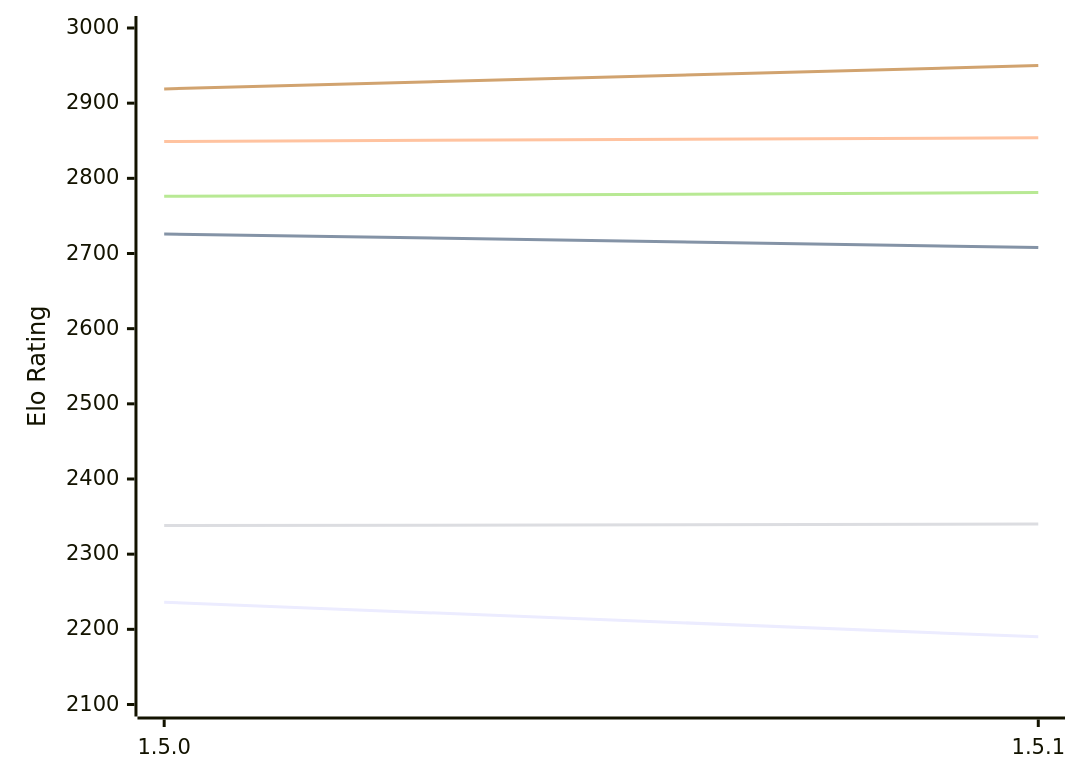
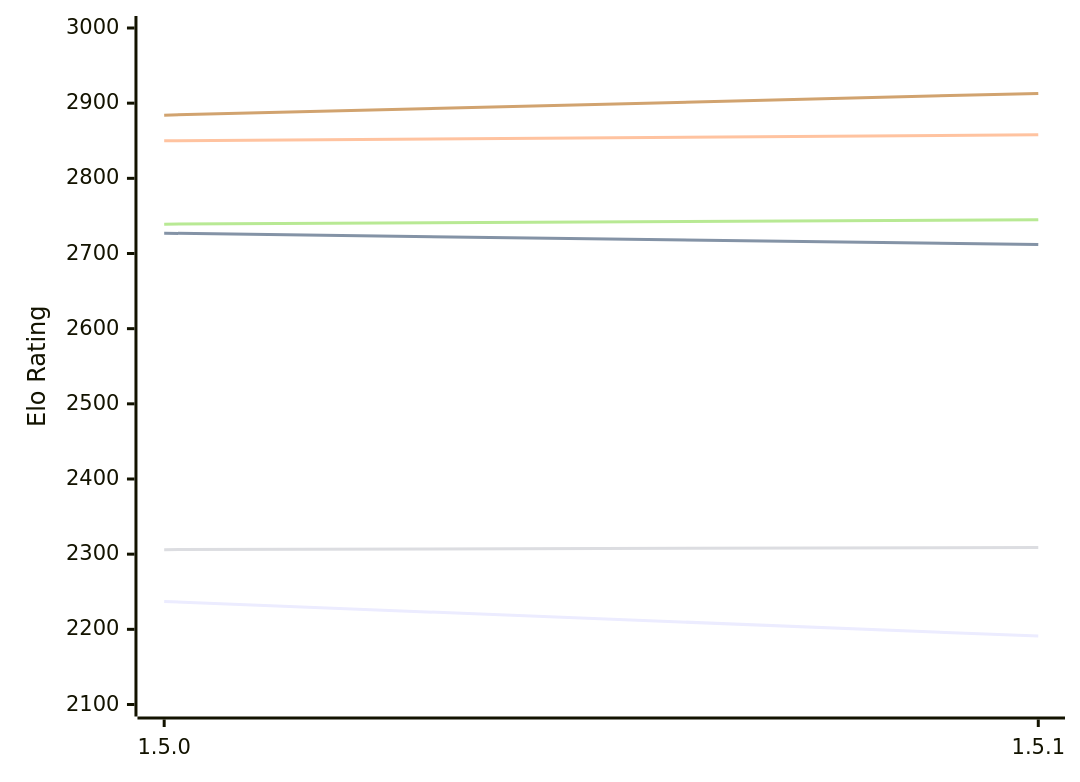
The first of 2 diagrams in engines/Coco.md (computer-chess-index/cci), drawn with Mermaid before and after one commit. The commit also changed other lines of this file, not shown here.

Commit message:
Update CCI Ratings (ELO VLTC) - 2026-10-23

````diff
--- a/engines/Coco.md
+++ b/engines/Coco.md
@@ -50,12 +50,12 @@
 ```mermaid
 %%{init: {"theme":"base","themeVariables":{"seriesColors:['#a3a3a3','#222221','#faa371']}}}%%
 xychart-beta
   x-axis ["1.5.0", "1.5.1"]
   y-axis "Elo Rating" 2100 --> 3000
-  line "E1: STC (8.0+0.08s)" [2236, 2190]
-  line "E1: LTC (60.0+0.60s)" [2726, 2708]
-  line "E1: VLTC (2m24s+1.12s)" [2849, 2854]
-  line "P1: STC (8.0+0.08s)" [2338, 2340]
-  line "P1: LTC (60.0+0.60s)" [2776, 2781]
-  line "P1: VLTC (2m24s+1.12s)" [2919, 2950]
+  line "E1: STC (8.0+0.08s)" [2237, 2191]
+  line "E1: LTC (60.0+0.60s)" [2727, 2712]
+  line "E1: VLTC (2m24s+1.12s)" [2850, 2858]
+  line "P1: STC (8.0+0.08s)" [2306, 2309]
+  line "P1: LTC (60.0+0.60s)" [2739, 2745]
+  line "P1: VLTC (2m24s+1.12s)" [2884, 2913]
 ```
````
